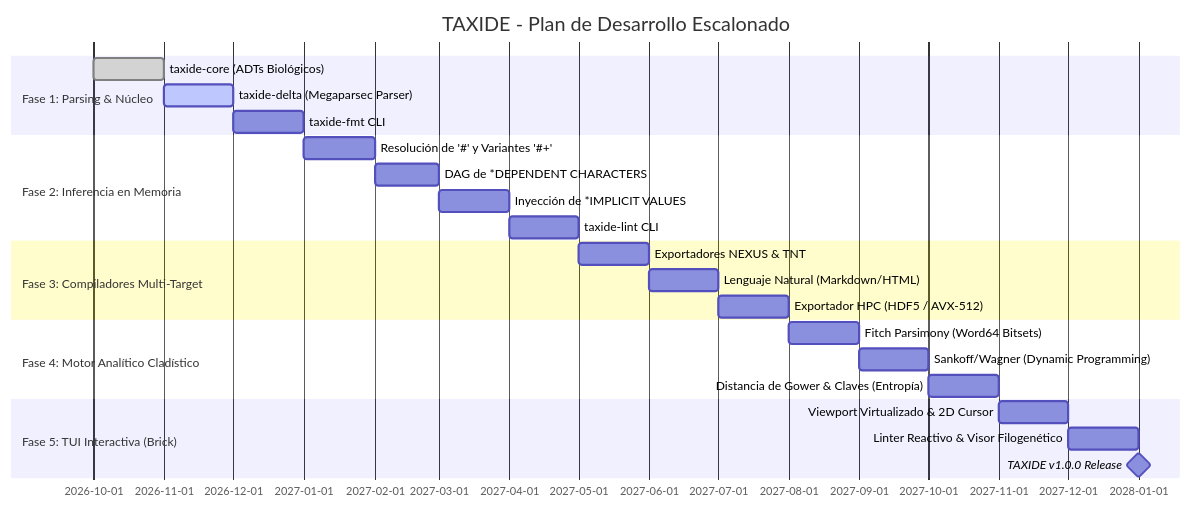
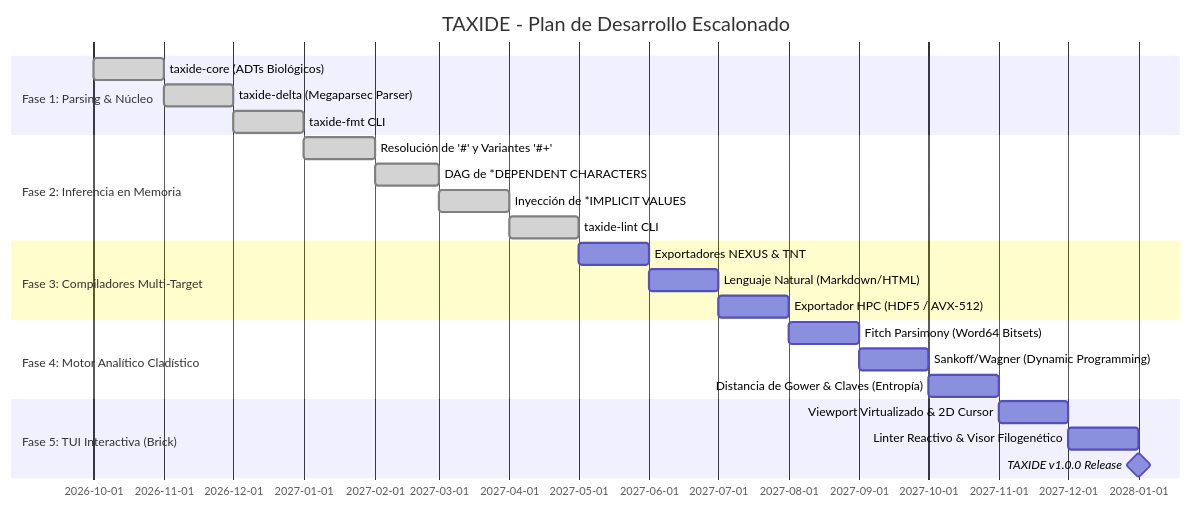
One commit to oscar-bio-dev/taxide changed the second of 2 diagrams in README.md. Above: the diagram before and after it, drawn with Mermaid. The commit also changed other lines of this file and 16 other files, not shown here.

Commit message:
feat(engine): implement Phase 2 semantic resolution engine and taxide-lint

````diff
--- a/README.md
+++ b/README.md
@@ -155,26 +164,26 @@
 ```mermaid
 gantt
     title TAXIDE - Plan de Desarrollo Escalonado
     dateFormat  YYYY-MM
     section Fase 1: Parsing & Núcleo
     taxide-core (ADTs Biológicos)           :done, f1_1, 2026-10, 1M
-    taxide-delta (Megaparsec Parser)         :active, f1_2, after f1_1, 1M
-    taxide-fmt CLI                           :f1_3, after f1_2, 1M
+    taxide-delta (Megaparsec Parser)         :done, f1_2, after f1_1, 1M
+    taxide-fmt CLI                           :done, f1_3, after f1_2, 1M
     section Fase 2: Inferencia en Memoria
-    Resolución de '#' y Variantes '#+'       :f2_1, after f1_3, 1M
-    DAG de *DEPENDENT CHARACTERS             :f2_2, after f2_1, 1M
-    Inyección de *IMPLICIT VALUES            :f2_3, after f2_2, 1M
-    taxide-lint CLI                          :f2_4, after f2_3, 1M
+    Resolución de '#' y Variantes '#+'       :done, f2_1, after f1_3, 1M
+    DAG de *DEPENDENT CHARACTERS             :done, f2_2, after f2_1, 1M
+    Inyección de *IMPLICIT VALUES            :done, f2_3, after f2_2, 1M
+    taxide-lint CLI                          :done, f2_4, after f2_3, 1M
     section Fase 3: Compiladores Multi-Target
     Exportadores NEXUS & TNT                 :f3_1, after f2_4, 1M
     Lenguaje Natural (Markdown/HTML)         :f3_2, after f3_1, 1M
     Exportador HPC (HDF5 / AVX-512)          :f3_3, after f3_2, 1M
     section Fase 4: Motor Analítico Cladístico
     Fitch Parsimony (Word64 Bitsets)         :f4_1, after f3_3, 1M
     Sankoff/Wagner (Dynamic Programming)     :f4_2, after f4_1, 1M
     Distancia de Gower & Claves (Entropía)   :f4_3, after f4_2, 1M
     section Fase 5: TUI Interactiva (Brick)
     Viewport Virtualizado & 2D Cursor        :f5_1, after f4_3, 1M
     Linter Reactivo & Visor Filogenético     :f5_2, after f5_1, 1M
     TAXIDE v1.0.0 Release                    :milestone, f5_3, after f5_2, 0d
 ```
````
